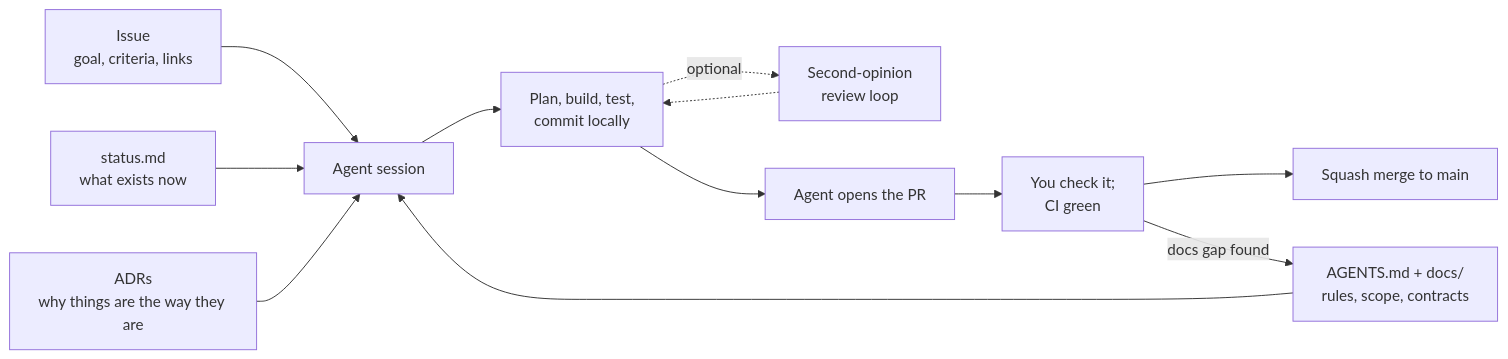
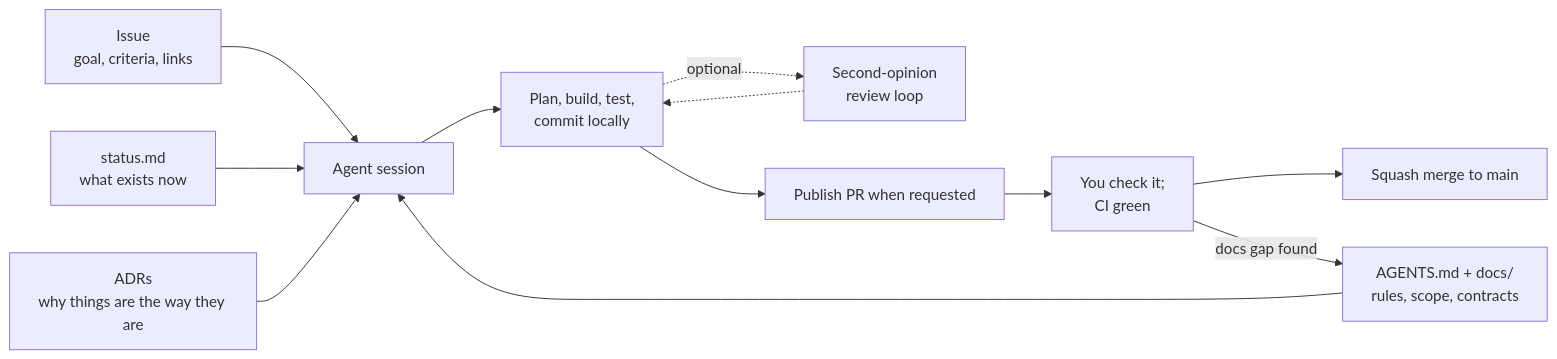
Before and after one commit to adillpickles/AutoClipper: the diagram in docs/agents/README.md, drawn with Mermaid. The commit also changed other lines of this file and 38 other files, not shown here.

````diff
--- a/docs/agents/README.md
+++ b/docs/agents/README.md
@@ -18,14 +18,14 @@
 ```mermaid
 flowchart LR
     I[Issue<br/>goal, criteria, links] --> A[Agent session]
     D[AGENTS.md + docs/<br/>rules, scope, contracts] --> A
     S[status.md<br/>what exists now] --> A
     ADR[ADRs<br/>why things are the way they are] --> A
     A --> W[Plan, build, test,<br/>commit locally]
     W -.->|optional| RL[Second-opinion<br/>review loop]
     RL -.-> W
-    W --> PR[Agent opens the PR]
+    W --> PR[Publish PR when requested]
     PR --> R[You check it;<br/>CI green]
     R --> M[Squash merge to main]
     R -->|"docs gap found"| D
 ```
````
